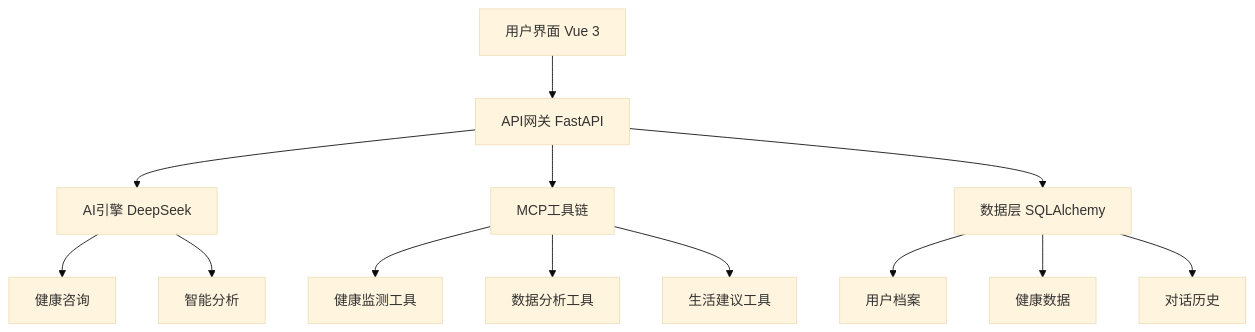
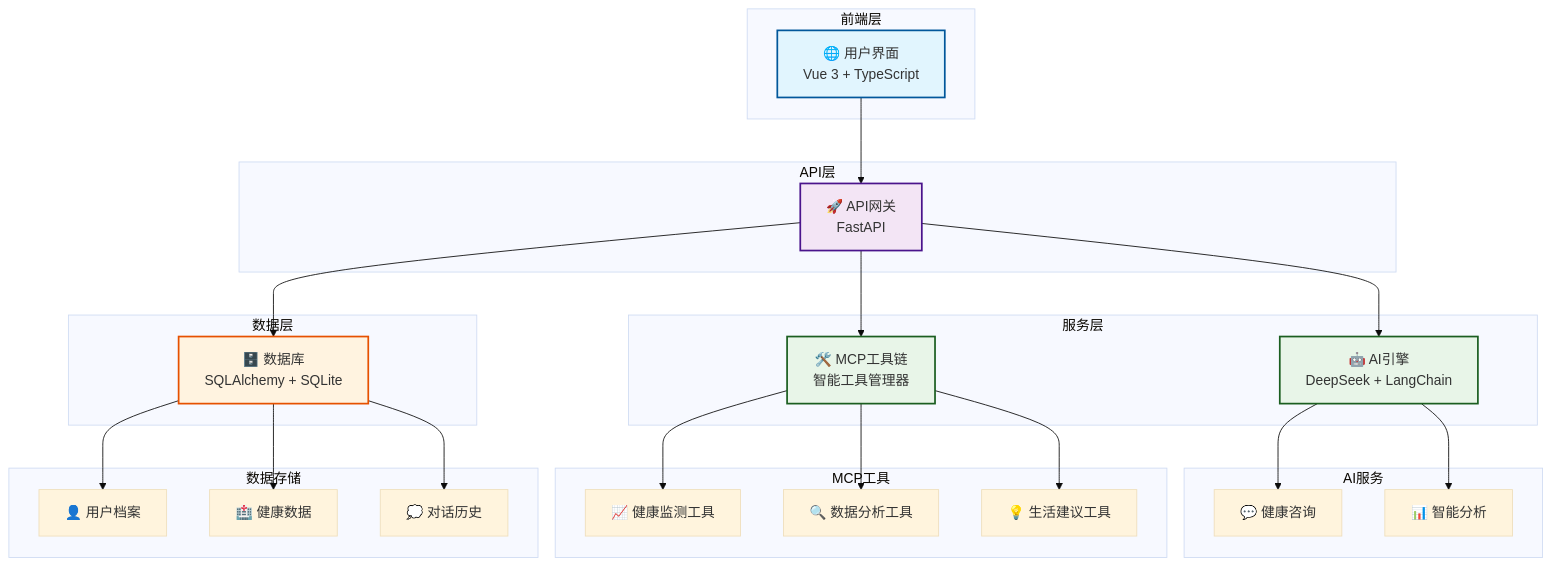
One commit to PrescottClub/AuraWell_Agent changed the diagram in README.md. Above: the diagram before and after it, drawn with Mermaid (base theme). The commit also changed other lines of this file, not shown here.

Commit message:
优化README架构图显示
 改进内容：
- 重新设计Mermaid架构图，使用分组和颜色样式
- 添加Emoji图标增强视觉效果
- 增加文本版架构图作为备用显示方案
- 优化图表结构和层次关系
- 确保在GitHub上的兼容性和可读性

 显示效果：
- 更清晰的分层架构展示
- 彩色编码的不同组件类型
- 支持折叠的备用文本图表
- 专业的技术架构可视化

````diff
--- a/README.md
+++ b/README.md
@@ -88,18 +88,62 @@
 ```mermaid
 graph TB
-    A[用户界面 Vue 3] --> B[API网关 FastAPI]
-    B --> C[AI引擎 DeepSeek]
-    B --> D[MCP工具链]
-    B --> E[数据层 SQLAlchemy]
+    subgraph "前端层"
+        A["🌐 用户界面<br/>Vue 3 + TypeScript"]
+    end
 
-    C --> F[健康咨询]
-    C --> G[智能分析]
+    subgraph "API层"
+        B["🚀 API网关<br/>FastAPI"]
+    end
 
-    D --> H[健康监测工具]
-    D --> I[数据分析工具]
-    D --> J[生活建议工具]
+    subgraph "服务层"
+        C["🤖 AI引擎<br/>DeepSeek + LangChain"]
+        D["🛠️ MCP工具链<br/>智能工具管理器"]
+    end
 
-    E --> K[用户档案]
-    E --> L[健康数据]
-    E --> M[对话历史]
+    subgraph "数据层"
+        E["🗄️ 数据库<br/>SQLAlchemy + SQLite"]
+    end
+
+    subgraph "AI服务"
+        F["💬 健康咨询"]
+        G["📊 智能分析"]
+    end
+
+    subgraph "MCP工具"
+        H["📈 健康监测工具"]
+        I["🔍 数据分析工具"]
+        J["💡 生活建议工具"]
+    end
+
+    subgraph "数据存储"
+        K["👤 用户档案"]
+        L["🏥 健康数据"]
+        M["💭 对话历史"]
+    end
+
+    A --> B
+    B --> C
+    B --> D
+    B --> E
+
+    C --> F
+    C --> G
+
+    D --> H
+    D --> I
+    D --> J
+
+    E --> K
+    E --> L
+    E --> M
+
+    classDef frontend fill:#e1f5fe,stroke:#01579b,stroke-width:2px
+    classDef api fill:#f3e5f5,stroke:#4a148c,stroke-width:2px
+    classDef service fill:#e8f5e8,stroke:#1b5e20,stroke-width:2px
+    classDef data fill:#fff3e0,stroke:#e65100,stroke-width:2px
+
+    class A frontend
+    class B api
+    class C,D service
+    class E data
 ```
````
